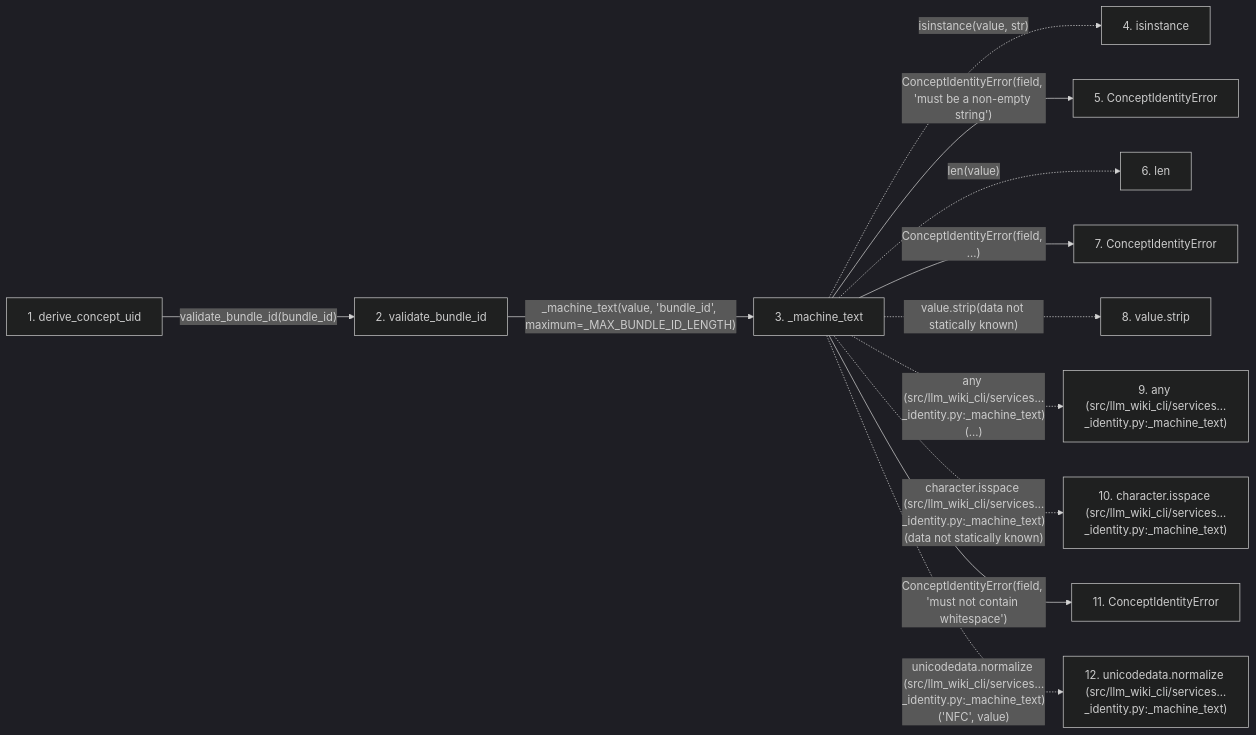
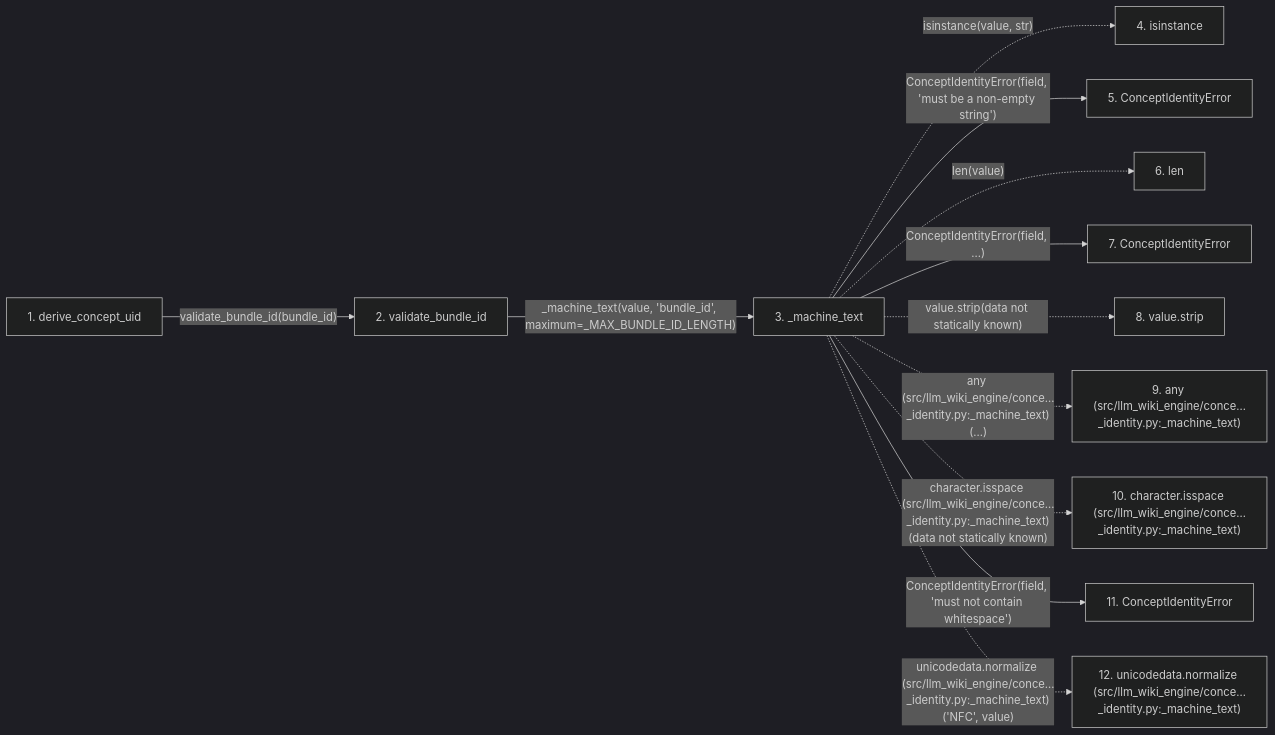
Before and after one commit to Denissvgn/python-wiki-llm: the second of 2 diagrams in docs/llm_wiki/flows/api-derive_concept_uid-concept_identity.md, drawn with Mermaid (dark theme). The commit also changed other lines of this file and 1103 other files, not shown here.

First line of the commit message:
docs: refresh the wiki for the llm-wiki-engine distribution

````diff
--- a/docs/llm_wiki/flows/api-derive_concept_uid-concept_identity.md
+++ b/docs/llm_wiki/flows/api-derive_concept_uid-concept_identity.md
@@ -125,32 +125,32 @@
 ```mermaid
 flowchart LR
     s1["1. derive_concept_uid"]
     s2["2. validate_bundle_id"]
     s3["3. _machine_text"]
     s4["4. isinstance"]
     s5["5. ConceptIdentityError"]
     s6["6. len"]
     s7["7. ConceptIdentityError"]
     s8["8. value.strip"]
-    s9["9. any (src/llm_wiki_cli/services…_identity.py:_machine_text)"]
-    s10["10. character.isspace (src/llm_wiki_cli/services…_identity.py:_machine_text)"]
+    s9["9. any (src/llm_wiki_engine/conce…_identity.py:_machine_text)"]
+    s10["10. character.isspace (src/llm_wiki_engine/conce…_identity.py:_machine_text)"]
     s11["11. ConceptIdentityError"]
-    s12["12. unicodedata.normalize (src/llm_wiki_cli/services…_identity.py:_machine_text)"]
+    s12["12. unicodedata.normalize (src/llm_wiki_engine/conce…_identity.py:_machine_text)"]
     s1 -->|"validate_bundle_id(bundle_id)"| s2
     s2 -->|"_machine_text(value, 'bundle_id', maximum=_MAX_BUNDLE_ID_LENGTH)"| s3
     s3 -. "isinstance(value, str)" .-> s4
     s3 -->|"ConceptIdentityError(field, 'must be a non-empty string')"| s5
     s3 -. "len(value)" .-> s6
     s3 -->|"ConceptIdentityError(field, ...)"| s7
     s3 -. "value.strip(data not statically known)" .-> s8
-    s3 -. "any (src/llm_wiki_cli/services…_identity.py:_machine_text)(...)" .-> s9
-    s3 -. "character.isspace (src/llm_wiki_cli/services…_identity.py:_machine_text)(data not statically known)" .-> s10
+    s3 -. "any (src/llm_wiki_engine/conce…_identity.py:_machine_text)(...)" .-> s9
+    s3 -. "character.isspace (src/llm_wiki_engine/conce…_identity.py:_machine_text)(data not statically known)" .-> s10
     s3 -->|"ConceptIdentityError(field, 'must not contain whitespace')"| s11
-    s3 -. "unicodedata.normalize (src/llm_wiki_cli/services…_identity.py:_machine_text)('NFC', value)" .-> s12
+    s3 -. "unicodedata.normalize (src/llm_wiki_engine/conce…_identity.py:_machine_text)('NFC', value)" .-> s12
     click s1 "../modules/concept_identity.md"
     click s2 "../modules/concept_identity.md"
     click s3 "../modules/concept_identity.md"
     click s5 "../modules/concept_identity.md"
     click s7 "../modules/concept_identity.md"
     click s11 "../modules/concept_identity.md"
 ```
````
